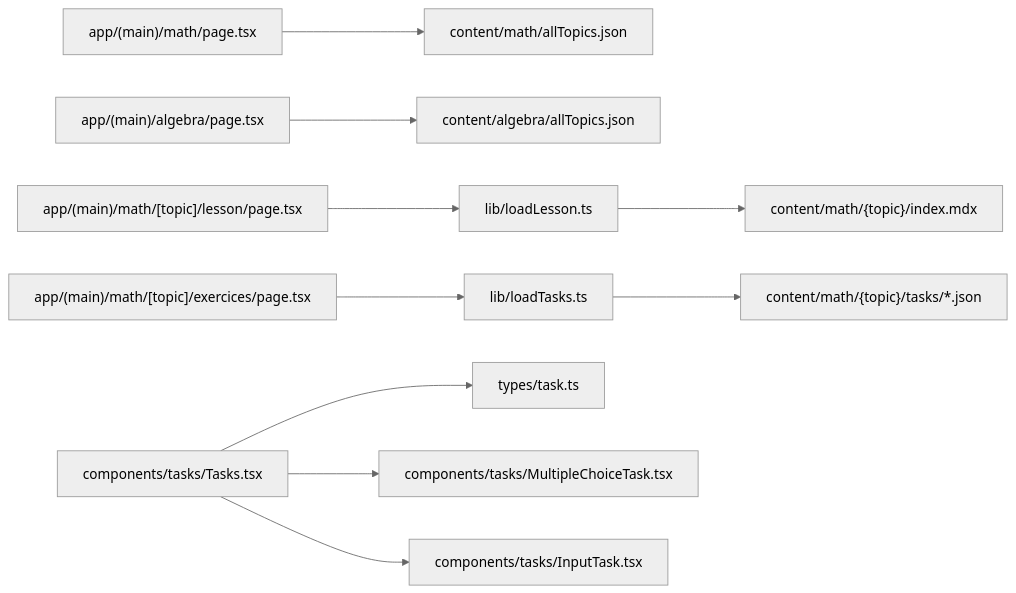
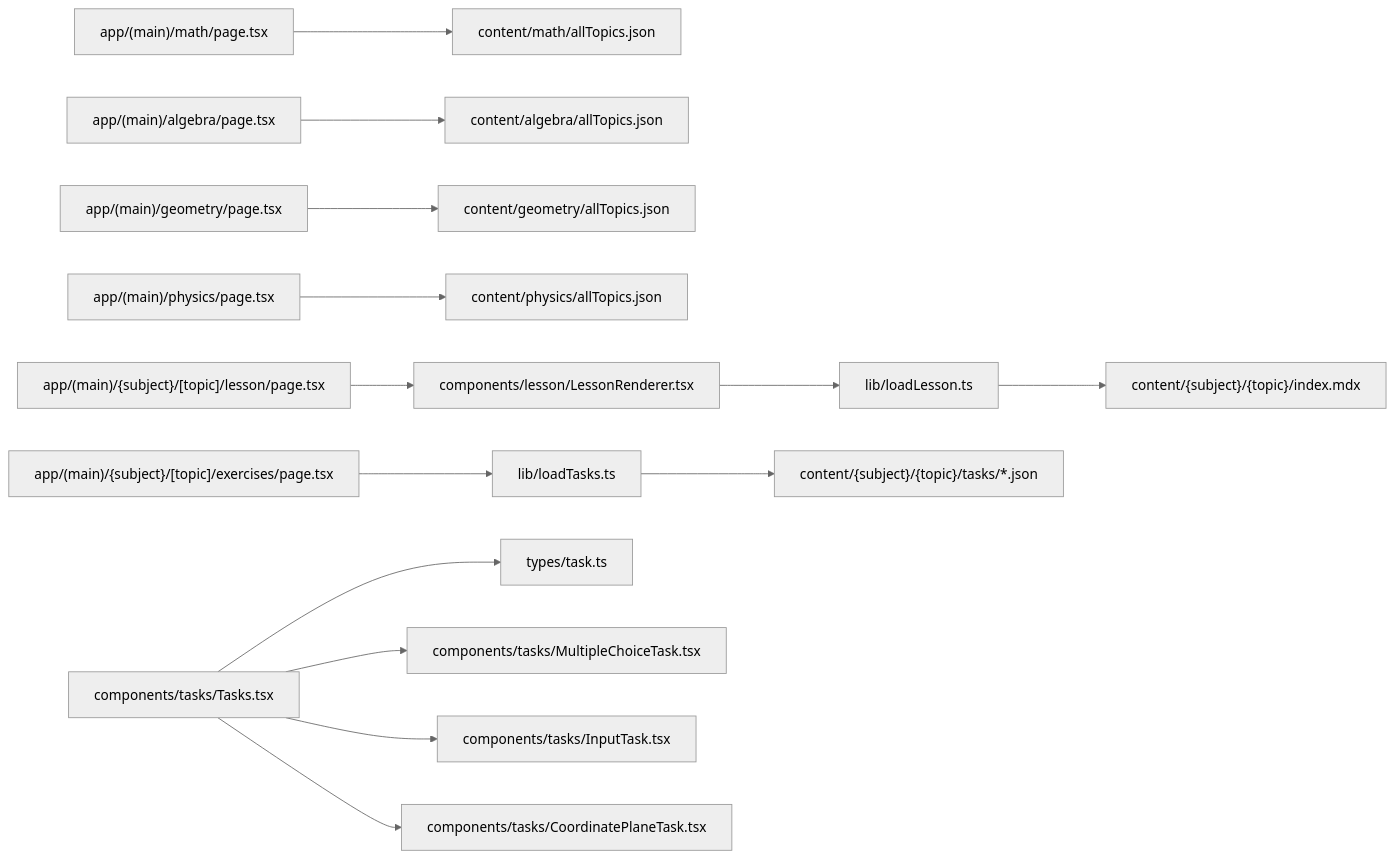
The seventh of 7 diagrams in .qoder/repowiki/en/content/Core Features/Content Management System/Content Management System.md (AlexKutz/math-app-next-js), drawn with Mermaid (neutral theme) before and after one commit. The commit also changed other lines of this file and 125 other files, not shown here.

````diff
--- a/.qoder/repowiki/en/content/Core Features/Content Management System/Content Management System.md
+++ b/.qoder/repowiki/en/content/Core Features/Content Management System/Content Management System.md
@@ -324,12 +404,16 @@
 ```mermaid
 graph LR
 MathPage["app/(main)/math/page.tsx"] --> MathCatalog["content/math/allTopics.json"]
 AlgebraPage["app/(main)/algebra/page.tsx"] --> AlgebraCatalog["content/algebra/allTopics.json"]
-LessonPage["app/(main)/math/[topic]/lesson/page.tsx"] --> LoadLesson["lib/loadLesson.ts"]
-LoadLesson --> MDXFile["content/math/{topic}/index.mdx"]
-ExercisesPage["app/(main)/math/[topic]/exercices/page.tsx"] --> LoadTasks["lib/loadTasks.ts"]
-LoadTasks --> TasksJSON["content/math/{topic}/tasks/*.json"]
+GeometryPage["app/(main)/geometry/page.tsx"] --> GeometryCatalog["content/geometry/allTopics.json"]
+PhysicsPage["app/(main)/physics/page.tsx"] --> PhysicsCatalog["content/physics/allTopics.json"]
+LessonPage["app/(main)/{subject}/[topic]/lesson/page.tsx"] --> LessonRenderer["components/lesson/LessonRenderer.tsx"]
+LessonRenderer --> LoadLesson["lib/loadLesson.ts"]
+LoadLesson --> MDXFile["content/{subject}/{topic}/index.mdx"]
+ExercisesPage["app/(main)/{subject}/[topic]/exercises/page.tsx"] --> LoadTasks["lib/loadTasks.ts"]
+LoadTasks --> TasksJSON["content/{subject}/{topic}/tasks/*.json"]
 TasksUI["components/tasks/Tasks.tsx"] --> Types["types/task.ts"]
 TasksUI --> MC["components/tasks/MultipleChoiceTask.tsx"]
 TasksUI --> IN["components/tasks/InputTask.tsx"]
+TasksUI --> CP["components/tasks/CoordinatePlaneTask.tsx"]
 ```
````
